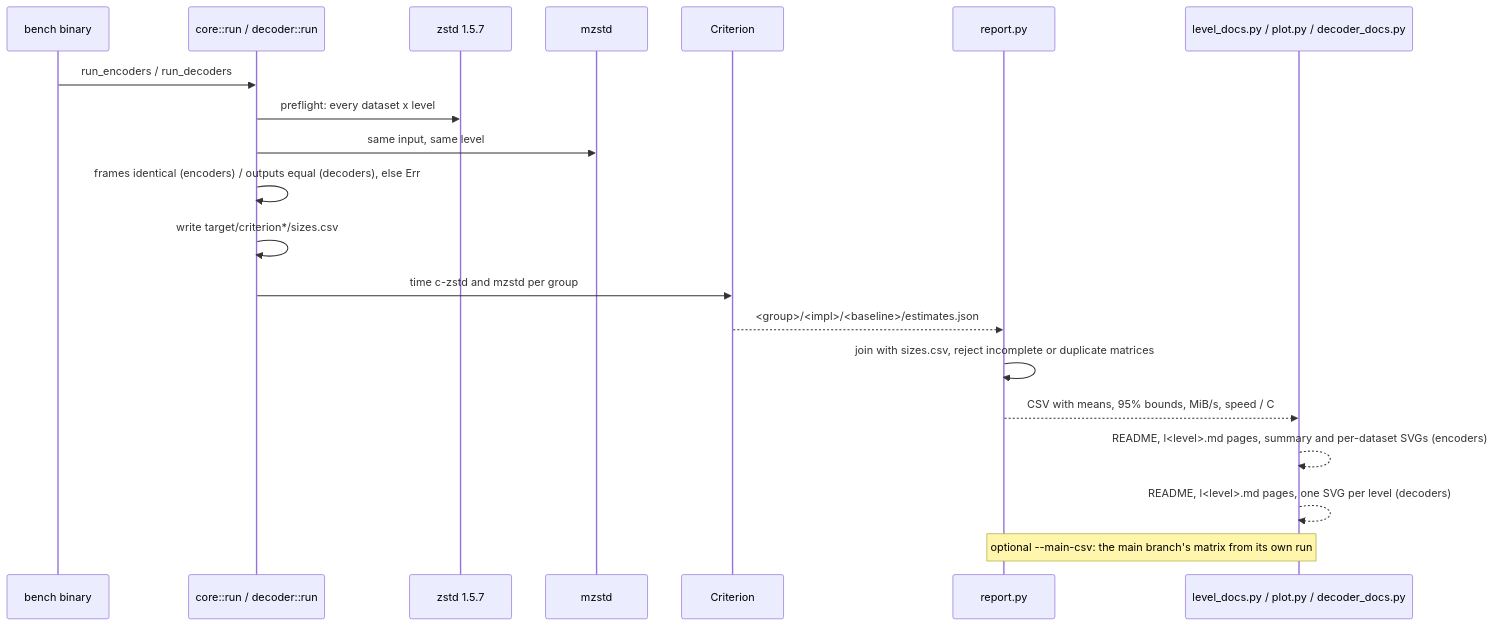
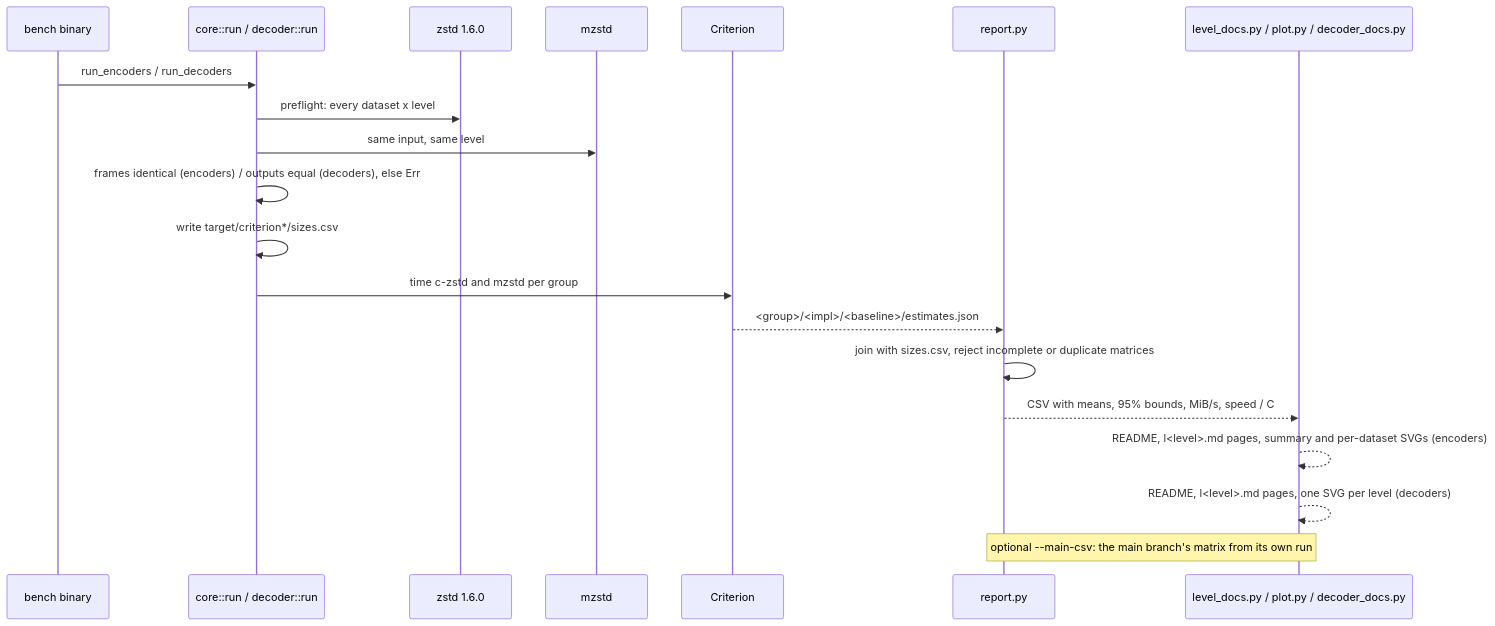
The third of 4 diagrams in architecture/benchmarking.md (M-Compressors/mzstd), drawn with Mermaid before and after one commit. The commit also changed other lines of this file and 63 other files, not shown here.

````diff
--- a/architecture/benchmarking.md
+++ b/architecture/benchmarking.md
@@ -97,22 +97,22 @@
 ```mermaid
 sequenceDiagram
     participant B as bench binary
     participant C as core::run / decoder::run
-    participant Z as zstd 1.5.7
+    participant Z as zstd 1.6.0
     participant M as mzstd
     participant Cr as Criterion
     participant R as report.py
     participant L as level_docs.py / plot.py / decoder_docs.py
     B->>C: run_encoders / run_decoders
     C->>Z: preflight: every dataset x level
     C->>M: same input, same level
     C->>C: frames identical (encoders) / outputs equal (decoders), else Err
     C->>C: write target/criterion*/sizes.csv
     C->>Cr: time c-zstd and mzstd per group
     Cr-->>R: <group>/<impl>/<baseline>/estimates.json
     R->>R: join with sizes.csv, reject incomplete or duplicate matrices
     R-->>L: CSV with means, 95% bounds, MiB/s, speed / C
     L-->>L: README, l<level>.md pages, summary and per-dataset SVGs (encoders)
     L-->>L: README, l<level>.md pages, one SVG per level (decoders)
     Note over R,L: optional --main-csv: the main branch's matrix from its own run
 ```
````
